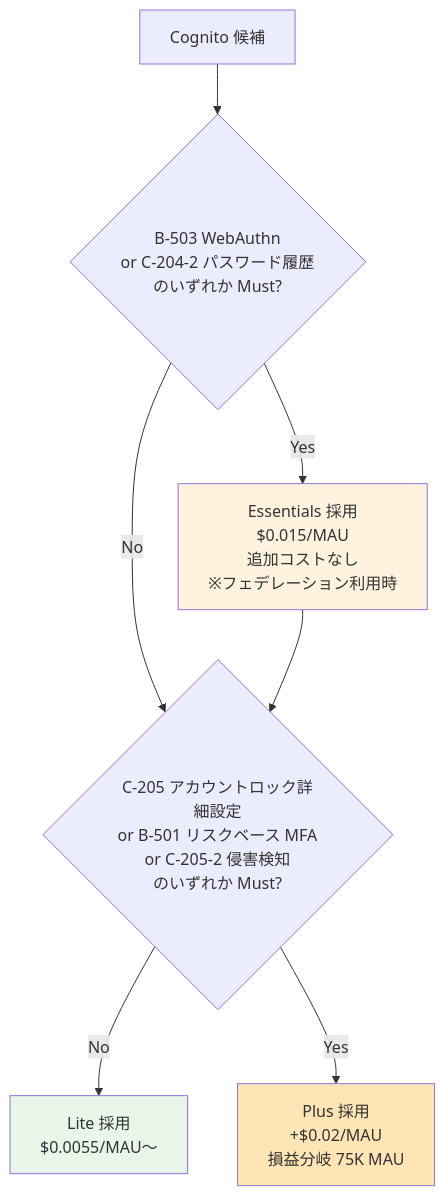
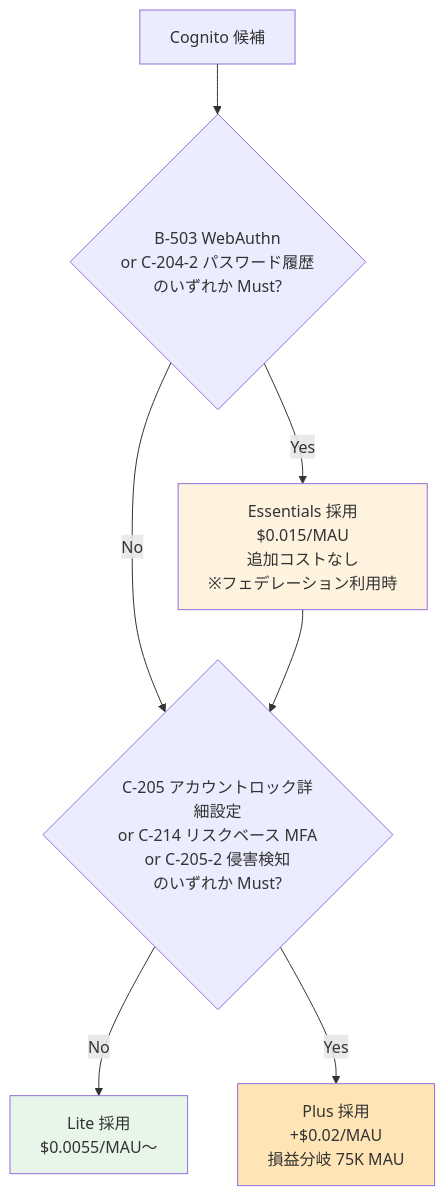
One commit to suepie/aws-atuh-poc changed the second of 2 diagrams in doc/requirements/hearing-checklist.md. Above: the diagram before and after it, drawn with Mermaid. The commit also changed other lines of this file and 16 other files, not shown here.

````diff
--- a/doc/requirements/hearing-checklist.md
+++ b/doc/requirements/hearing-checklist.md
@@ -230,20 +265,20 @@
 ```mermaid
 flowchart TB
     Start[Cognito 候補]
     Q1{B-503 WebAuthn<br/>or C-204-2 パスワード履歴<br/>のいずれか Must?}
-    Q2{C-205 アカウントロック詳細設定<br/>or B-501 リスクベース MFA<br/>or C-205-2 侵害検知<br/>のいずれか Must?}
+    Q2{C-205 アカウントロック詳細設定<br/>or C-214 リスクベース MFA<br/>or C-205-2 侵害検知<br/>のいずれか Must?}
     Lite[Lite 採用<br/>$0.0055/MAU〜]
     Ess[Essentials 採用<br/>$0.015/MAU<br/>追加コストなし<br/>※フェデレーション利用時]
     Plus[Plus 採用<br/>+$0.02/MAU<br/>損益分岐 75K MAU]
 
     Start --> Q1
     Q1 -->|No| Q2
     Q1 -->|Yes| Ess
     Ess --> Q2
     Q2 -->|No| Lite
     Q2 -->|Yes| Plus
 
     style Lite fill:#e8f5e9
     style Ess fill:#fff3e0
     style Plus fill:#ffe4b5
 ```
````
